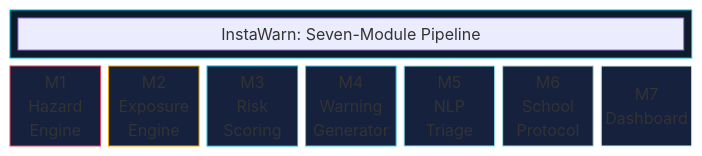
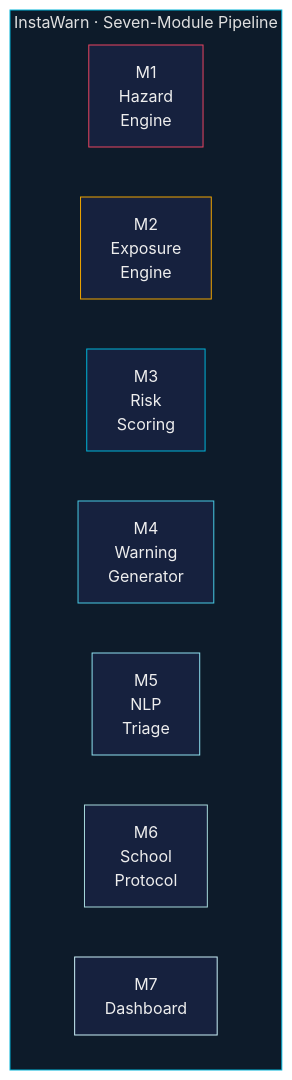
One commit to jubayer360/InstaWarn changed the third of 8 diagrams in README.md. Above: the diagram before and after it, drawn with Mermaid. The commit also changed other lines of this file, not shown here.

````diff
--- a/README.md
+++ b/README.md
@@ -148,24 +146,22 @@
 ```mermaid
-block-beta
-    columns 7
-    block:header:7
-        columns 7
-        H["InstaWarn: Seven-Module Pipeline"]
+flowchart LR
+    subgraph HDR["InstaWarn · Seven-Module Pipeline"]
+        direction LR
+        M1["M1<br/>Hazard<br/>Engine"]
+        M2["M2<br/>Exposure<br/>Engine"]
+        M3["M3<br/>Risk<br/>Scoring"]
+        M4["M4<br/>Warning<br/>Generator"]
+        M5["M5<br/>NLP<br/>Triage"]
+        M6["M6<br/>School<br/>Protocol"]
+        M7["M7<br/>Dashboard"]
     end
-    M1["M1\nHazard\nEngine"]:1
-    M2["M2\nExposure\nEngine"]:1
-    M3["M3\nRisk\nScoring"]:1
-    M4["M4\nWarning\nGenerator"]:1
-    M5["M5\nNLP\nTriage"]:1
-    M6["M6\nSchool\nProtocol"]:1
-    M7["M7\nDashboard"]:1
 
-    style header fill:#0d1b2a,stroke:#00b4d8,color:#e0e0e0
+    style HDR fill:#0d1b2a,stroke:#00b4d8,color:#e0e0e0
     style M1 fill:#16213e,stroke:#e94560,color:#eee
     style M2 fill:#16213e,stroke:#f0a500,color:#eee
     style M3 fill:#16213e,stroke:#00b4d8,color:#eee
     style M4 fill:#16213e,stroke:#48cae4,color:#eee
     style M5 fill:#16213e,stroke:#90e0ef,color:#eee
     style M6 fill:#16213e,stroke:#a8dadc,color:#eee
     style M7 fill:#16213e,stroke:#caf0f8,color:#eee
 ```
````
